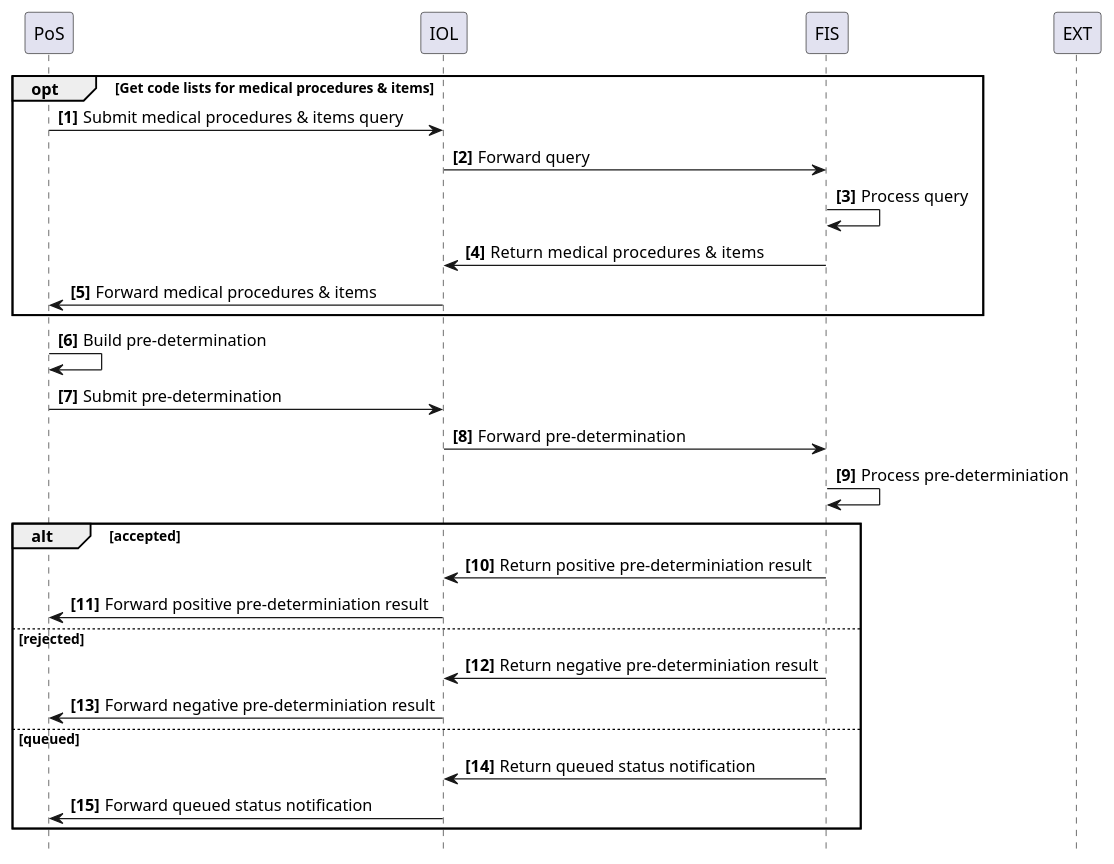
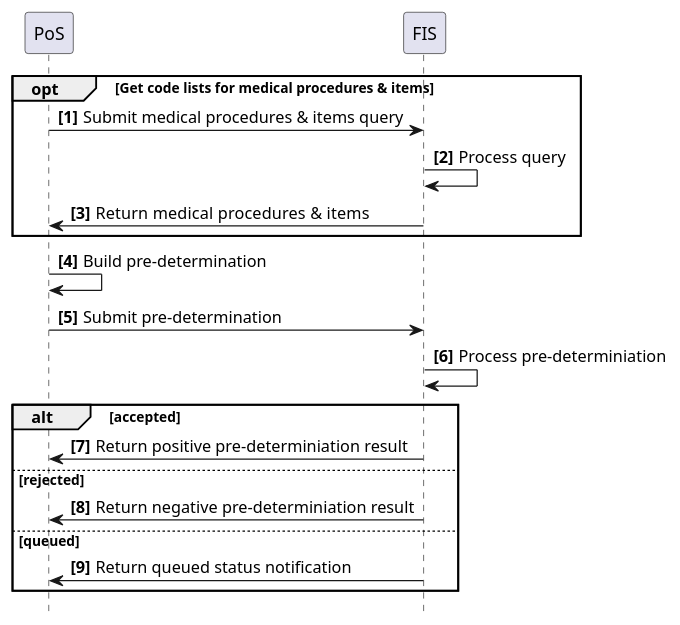
One commit to IHE/ITI.Finance changed the diagram in input/images-source/usecase5-processflow.plantuml. Above: the diagram before and after it, drawn with PlantUML. The commit also changed 7 other files, not shown here.

Commit message:
Removed IOL (mediator layer) from use cases and diagrams as it's not needed for the use cases.

```diff
--- a/input/images-source/usecase5-processflow.plantuml
+++ b/input/images-source/usecase5-processflow.plantuml
@@ -1,37 +1,29 @@
 @startuml
 skinparam svgDimensionStyle false
 hide footbox
 autonumber "<b>[0]"
 
 participant PoS
-participant IOL
 participant FIS
-participant EXT
 
 
 opt Get code lists for medical procedures & items
-	PoS -> IOL: Submit medical procedures & items query
-	IOL -> FIS: Forward query
+	PoS -> FIS: Submit medical procedures & items query
 	FIS -> FIS: Process query
-	FIS -> IOL: Return  medical procedures & items
-	IOL -> PoS: Forward medical procedures & items
+	FIS -> PoS: Return  medical procedures & items
 end opt
  
 
 PoS -> PoS: Build pre-determination
-PoS -> IOL: Submit pre-determination
-IOL -> FIS: Forward pre-determination
+PoS -> FIS: Submit pre-determination
 FIS -> FIS: Process pre-determiniation
 
 alt accepted
-	FIS -> IOL: Return positive pre-determiniation result
-	IOL -> PoS: Forward positive pre-determiniation result
+	FIS -> PoS: Return positive pre-determiniation result
 else rejected
-	FIS -> IOL: Return negative pre-determiniation result
-	IOL -> PoS: Forward negative pre-determiniation result
+	FIS -> PoS: Return negative pre-determiniation result
 else queued
-	FIS -> IOL: Return queued status notification
-	IOL -> PoS: Forward queued status notification
+	FIS -> PoS: Return queued status notification
 end
 
 @enduml
```
